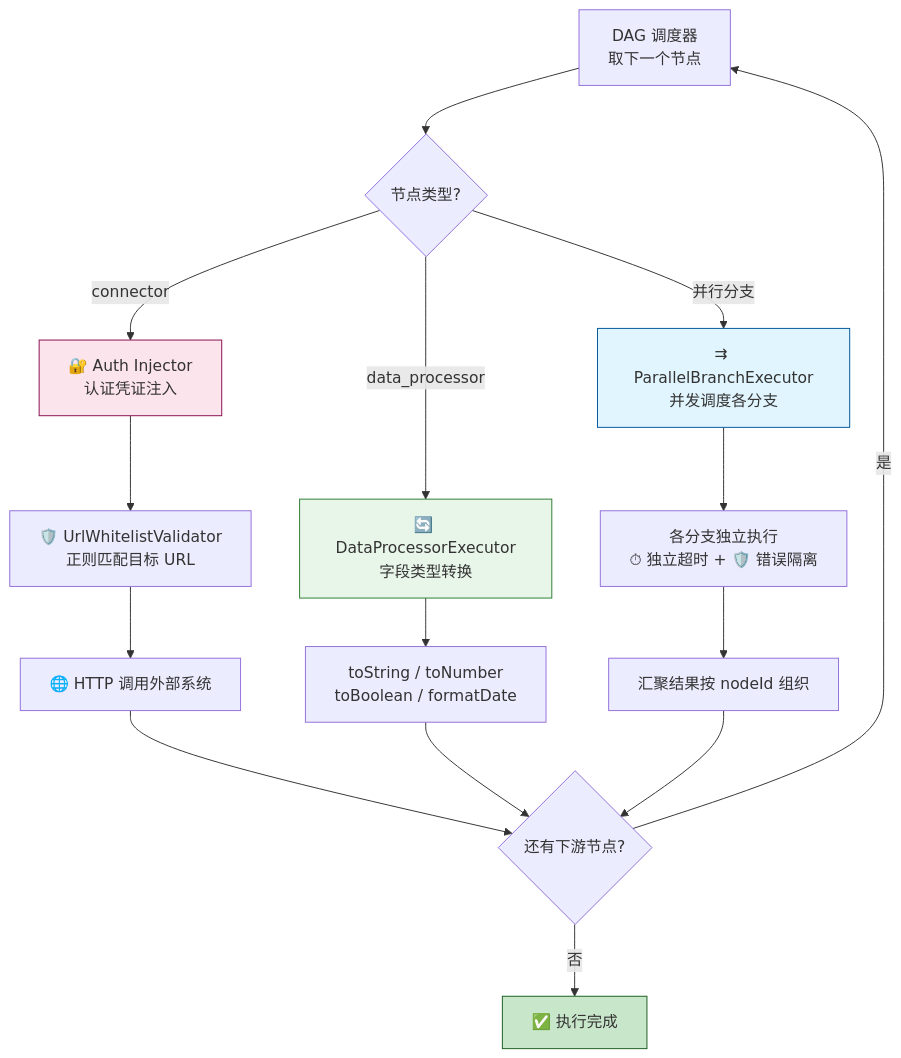
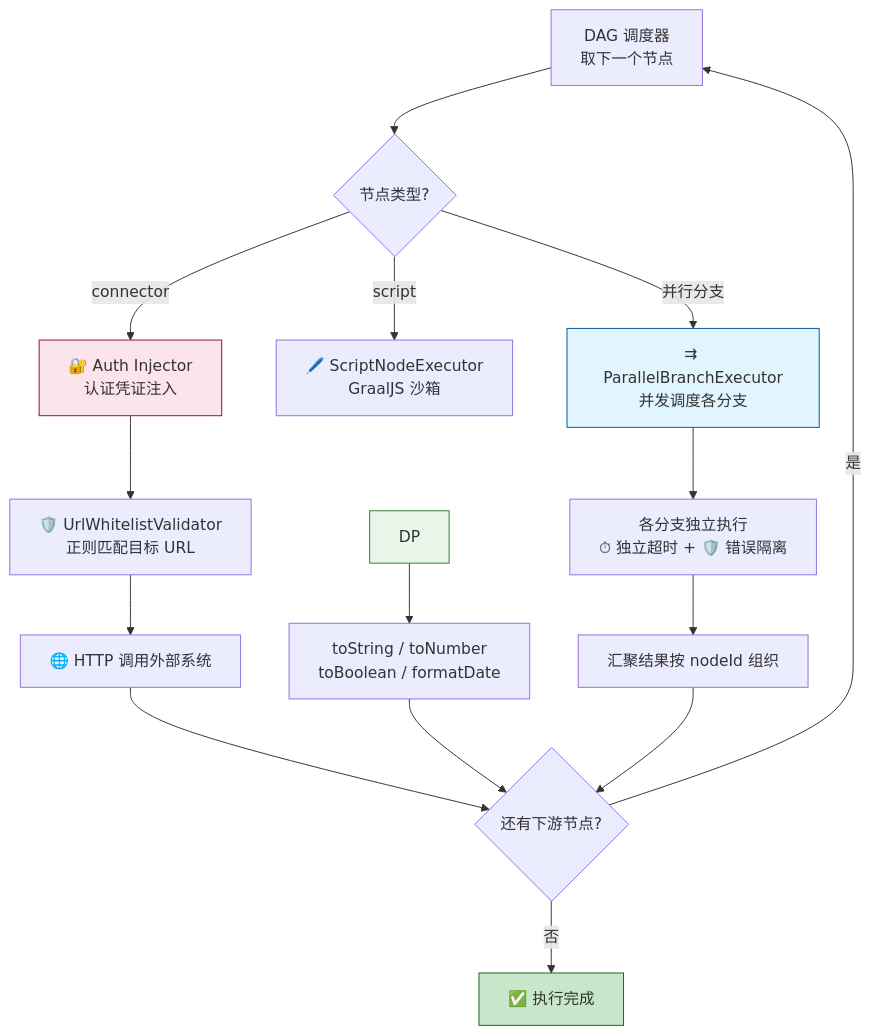
One commit to THZSummer/open-app changed the fourth of 16 diagrams in .sddu/specs-tree-root/specs-tree-connector-platform-v3/plan-runtime.md. Above: the diagram before and after it, drawn with Mermaid. The commit also changed other lines of this file and 2 other files, not shown here.

First line of the commit message:
fix(plan): plan-db/plan-runtime/plan-script 对齐 V3 spec

````diff
--- a/.sddu/specs-tree-root/specs-tree-connector-platform-v3/plan-runtime.md
+++ b/.sddu/specs-tree-root/specs-tree-connector-platform-v3/plan-runtime.md
@@ -254,27 +254,27 @@
 ```mermaid
 flowchart TD
     DAG_START["DAG 调度器<br/>取下一个节点"] --> NODE_TYPE{"节点类型?"}
 
     NODE_TYPE -->|"connector"| AUTH["🔐 Auth Injector<br/>认证凭证注入"]
-    NODE_TYPE -->|"data_processor"| DP["🔄 DataProcessorExecutor<br/>字段类型转换"]
+    NODE_TYPE -->|"script"| SCR["🖊️ ScriptNodeExecutor<br/>GraalJS 沙箱"]
     NODE_TYPE -->|"并行分支"| PAR["⇉ ParallelBranchExecutor<br/>并发调度各分支"]
 
     AUTH --> URL_CHK["🛡️ UrlWhitelistValidator<br/>正则匹配目标 URL"]
     URL_CHK --> HTTP_CALL["🌐 HTTP 调用外部系统"]
     HTTP_CALL --> NEXT{"还有下游节点?"}
 
     DP --> CONVERT["toString / toNumber<br/>toBoolean / formatDate"]
     CONVERT --> NEXT
 
     PAR --> BRANCHES["各分支独立执行<br/>⏱ 独立超时 + 🛡️ 错误隔离"]
     BRANCHES --> MERGE["汇聚结果按 nodeId 组织"]
     MERGE --> NEXT
 
     NEXT -->|"是"| DAG_START
     NEXT -->|"否"| DAG_DONE["✅ 执行完成"]
 
     style AUTH fill:#fce4ec,stroke:#880e4f
     style DP fill:#e8f5e9,stroke:#2e7d32
     style PAR fill:#e1f5fe,stroke:#01579b
     style DAG_DONE fill:#c8e6c9,stroke:#1b5e20
 ```
````
